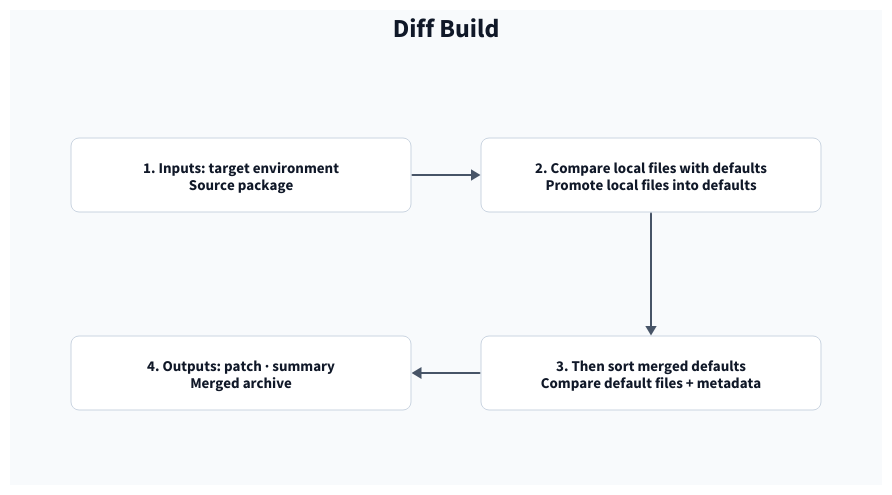
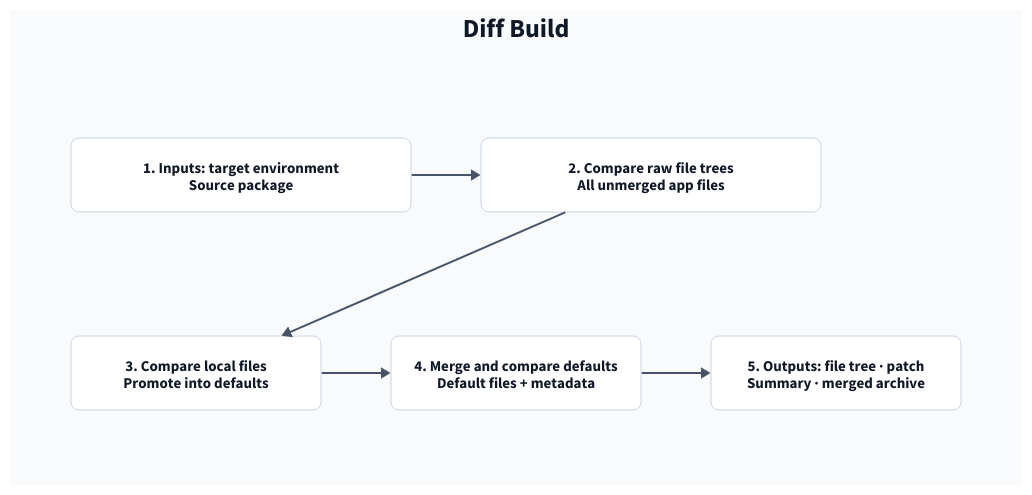
One commit to dryvist/azure-pipelines-splunk-apps changed the diagram in wiki/diagrams/diff-build.d2. Above: the diagram before and after it, drawn with D2. The commit also changed 19 other files, not shown here.

First line of the commit message:
feat: add a file tree compare step and per-file log banners (#49)

```diff
--- a/wiki/diagrams/diff-build.d2
+++ b/wiki/diagrams/diff-build.d2
@@ -1,87 +1,88 @@
 vars: {
   canvas: "#F8FAFC"
   surface: "#FFFFFF"
   boundary-surface: "#F1F5F9"
   text: "#101828"
   muted: "#475467"
   border: "#CBD5E1"
   accent: "#0054A3"
   accent-surface: "#EFF6FF"
   warm: "#B54708"
   warm-surface: "#FFF7ED"
   d2-config: {theme-id: 0; layout-engine: elk; pad: 32; sketch: false}
 }
 style.fill: ${canvas}
 
 classes: {
   title: {shape: text; style: {font-color: ${text}; font-size: 26; bold: true}}
   subtitle: {shape: text; style: {font-color: ${muted}; font-size: 15}}
   columns: {style: {fill: transparent; stroke: transparent}}
   boundary: {
     style: {
       fill: ${boundary-surface}
       stroke: ${border}
       font-color: ${text}
       font-size: 20
       stroke-width: 1
       border-radius: 8
     }
   }
   group: {
     style: {
       fill: ${surface}
       stroke: ${border}
       font-color: ${muted}
       font-size: 16
       stroke-width: 1
       border-radius: 8
     }
   }
   card: {
     width: 250
     style: {
       fill: ${surface}
       stroke: ${border}
       font-color: ${text}
       font-size: 15
       stroke-width: 1
       border-radius: 8
     }
   }
   card-2: {width: 505}
   card-3: {width: 330}
   emphasis: {style: {fill: ${accent-surface}; stroke: ${accent}; stroke-width: 2}}
   exception: {style: {fill: ${warm-surface}; stroke: ${warm}; stroke-width: 2}}
   ghost: {style: {fill: transparent; stroke: ${muted}; stroke-dash: 5; font-color: ${muted}}}
   caption: {shape: text; style: {font-color: ${muted}; font-size: 15}}
   link: {style: {stroke: ${muted}; stroke-width: 2; font-color: ${muted}; font-size: 14}}
   link-emphasis: {style: {stroke: ${accent}; stroke-width: 2; font-color: ${muted}; font-size: 14}}
   link-exception: {style: {stroke: ${warm}; stroke-width: 2; font-color: ${muted}; font-size: 14}}
   link-planned: {style: {stroke: ${muted}; stroke-width: 2; stroke-dash: 5; font-color: ${muted}; font-size: 14}}
 }
 
 
 title: "Diff Build" {class: title; near: top-center}
 
 page: "" {
   class: columns
   grid-columns: 1
   grid-gap: 10
   vertical-gap: 24
 
   first: "" {
     class: columns
     direction: right
     inputs: "1. Inputs: target environment\nSource package" {class: card; width: 340}
-    local: "2. Compare local files with defaults\nPromote local files into defaults" {class: card; width: 340}
-    inputs -> local: {class: link}
+    tree: "2. Compare raw file trees\nAll unmerged app files" {class: card; width: 340}
+    inputs -> tree: {class: link}
   }
   second: "" {
     class: columns
-    direction: left
-    sort: "3. Then sort merged defaults\nCompare default files + metadata" {class: card; width: 340}
-    reports: "4. Outputs: patch · summary\nMerged archive" {class: card; width: 340}
-    sort -> reports: {class: link}
+    direction: right
+    local: "3. Compare local files\nPromote into defaults" {class: card; width: 250}
+    sort: "4. Merge and compare defaults\nDefault files + metadata" {class: card; width: 250}
+    reports: "5. Outputs: file tree · patch\nSummary · merged archive" {class: card; width: 250}
+    local -> sort -> reports: {class: link}
   }
-  first.local -> second.sort: {class: link}
+  first.tree -> second.local: {class: link}
 }
```
